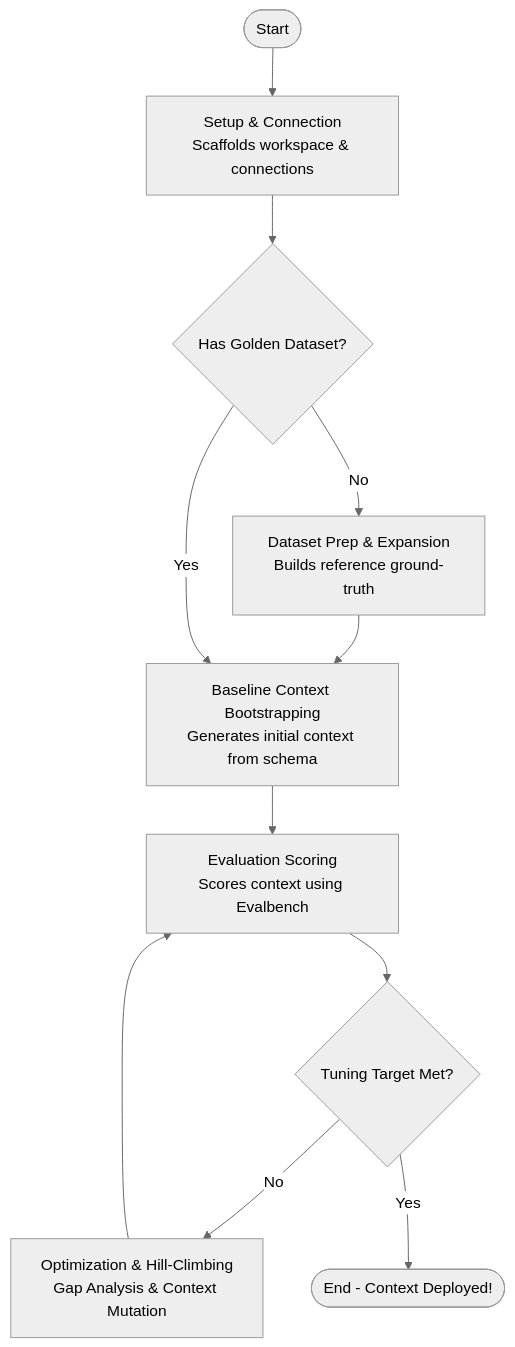
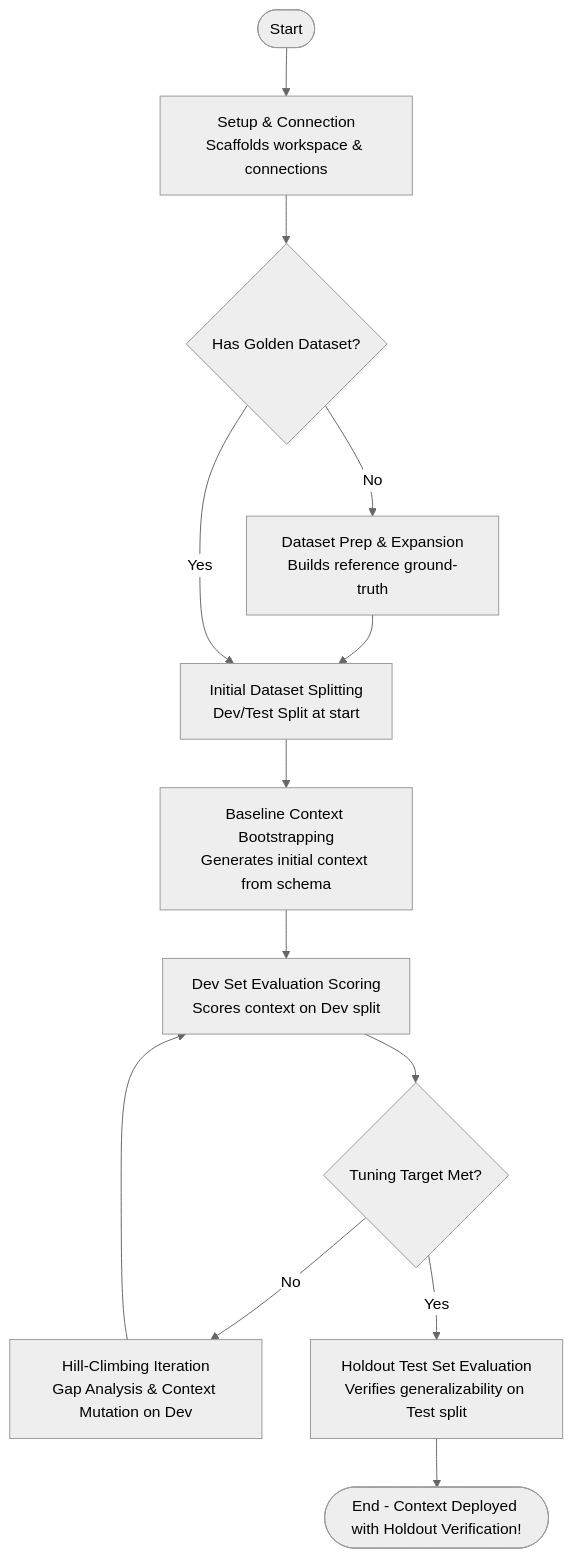
One commit to GoogleCloudPlatform/db-context-enrichment changed the diagram in plugin/skills/context-engineering-workflow/SKILL.md. Above: the diagram before and after it, drawn with Mermaid (neutral theme). The commit also changed other lines of this file and 2 other files, not shown here.

Commit message:
docs(skills): define stratified dev-test validation directly as skill instructions

````diff
--- a/plugin/skills/context-engineering-workflow/SKILL.md
+++ b/plugin/skills/context-engineering-workflow/SKILL.md
@@ -18,22 +18,27 @@
 ```mermaid
 flowchart TD
     Start([Start]) --> Setup[Setup & Connection
 Scaffolds workspace & connections]
     Setup --> Prep{Has Golden Dataset?}
     
     Prep -- No --> DatasetPrep[Dataset Prep & Expansion
 Builds reference ground-truth]
-    DatasetPrep --> Bootstrap[Baseline Context Bootstrapping
+    DatasetPrep --> Split[Initial Dataset Splitting
+Dev/Test Split at start]
+    Prep -- Yes --> Split
+    
+    Split --> Bootstrap[Baseline Context Bootstrapping
 Generates initial context from schema]
-    Prep -- Yes --> Bootstrap
     
-    Bootstrap --> Evaluate[Evaluation Scoring
-Scores context using Evalbench]
+    Bootstrap --> Evaluate[Dev Set Evaluation Scoring
+Scores context on Dev split]
     Evaluate --> Loop{Tuning Target Met?}
     
-    Loop -- No --> Hillclimb[Optimization & Hill-Climbing
-Gap Analysis & Context Mutation]
+    Loop -- No --> Hillclimb[Hill-Climbing Iteration
+Gap Analysis & Context Mutation on Dev]
     Hillclimb --> Evaluate
     
-    Loop -- Yes --> End([End - Context Deployed!])
+    Loop -- Yes --> Holdout[Holdout Test Set Evaluation
+Verifies generalizability on Test split]
+    Holdout --> End([End - Context Deployed with Holdout Verification!])
 ```
````
